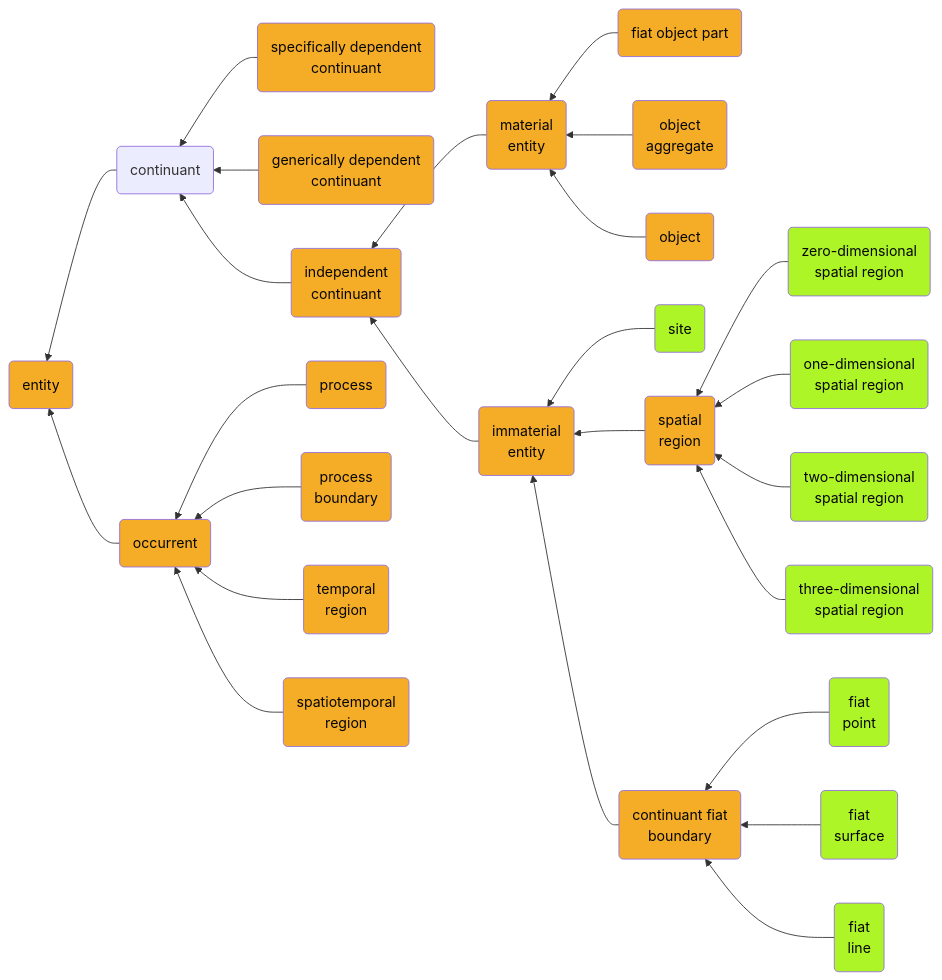
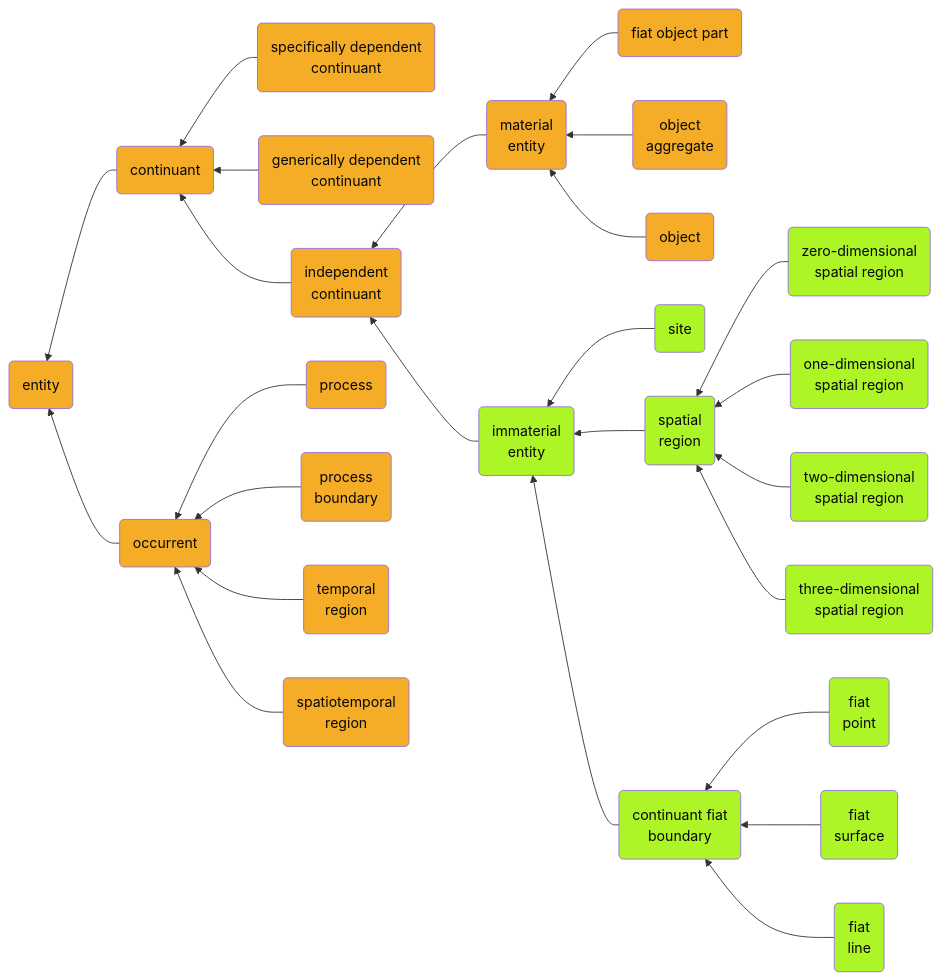
The second of 2 diagrams in README.md (dr-shorthair/BFO-2020), drawn with Mermaid before and after one commit.

Commit message:
Refactor mermaid graph for independent continuants
Class colours

````diff
--- a/README.md
+++ b/README.md
@@ -84,31 +84,31 @@
 ```mermaid
 graph RL
-	B(continuant)-->A(entity):::BFO
-	D(specifically dependent<br> continuant):::BFO-->B(continuant)
-	E(generically dependent<br> continuant):::BFO-->B(continuant)
-	F(independent<br> continuant):::BFO-->B(continuant)
+	B(continuant):::BFO-->A(entity):::BFO
+	D(specifically dependent<br> continuant):::BFO-->B(continuant):::BFO
+	E(generically dependent<br> continuant):::BFO-->B(continuant):::BFO
+	F(independent<br> continuant):::BFO-->B(continuant):::BFO
 	G(material entity):::IC-->F(independent<br> continuant):::BFO
-	H(immaterial<br> entity):::IC-->F(independent<br> continuant)
-	O(site):::IC-->H(immaterial<br> entity):::BFO
-	P(spatial<br> region):::IC-->H(immaterial<br> entity)
-	Q(continuant fiat<br> boundary):::IC-->H(immaterial<br> entity)
-	R(fiat<br> point):::IC-->Q(continuant fiat<br> boundary):::BFO
-	S(fiat<br> surface):::IC-->Q(continuant fiat<br> boundary)
-	T(fiat<br> line):::IC-->Q(continuant fiat<br> boundary)
-	VD(zero-dimensional<br> spatial region):::IC-->P(spatial<br> region):::BFO
-	U(one-dimensional<br> spatial region):::IC-->P(spatial<br> region):::BFO
-	V(two-dimensional<br> spatial region):::IC-->P(spatial<br> region):::BFO
-	W(three-dimensional<br> spatial region):::IC-->P(spatial<br> region):::BFO
+	H(immaterial<br> entity):::IC-->F(independent<br> continuant):::BFO
+	O(site):::IC-->H(immaterial<br> entity):::IC
+	P(spatial<br> region):::IC-->H(immaterial<br> entity):::IC
+	Q(continuant fiat<br> boundary):::IC-->H(immaterial<br> entity):::IC
+	R(fiat<br> point):::IC-->Q(continuant fiat<br> boundary):::IC
+	S(fiat<br> surface):::IC-->Q(continuant fiat<br> boundary):::IC
+	T(fiat<br> line):::IC-->Q(continuant fiat<br> boundary):::IC
+	VD(zero-dimensional<br> spatial region):::IC-->P(spatial<br> region):::IC
+	U(one-dimensional<br> spatial region):::IC-->P(spatial<br> region):::IC
+	V(two-dimensional<br> spatial region):::IC-->P(spatial<br> region):::IC
+	W(three-dimensional<br> spatial region):::IC-->P(spatial<br> region):::IC
 	X(fiat object part):::BFO-->G(material<br> entity):::BFO
 	Y(object<br> aggregate):::BFO-->G(material<br> entity):::BFO
 	Z(object):::BFO-->G(material<br> entity):::BFO
 	C(occurrent):::BFO-->A(entity):::BFO
 	AA(process):::BFO-->C(occurrent):::BFO
 	AB(process<br> boundary):::BFO-->C(occurrent)
 	AC(temporal<br> region):::BFO-->C(occurrent)
 	AD(spatiotemporal<br> region):::BFO-->C(occurrent)
 
     classDef BFO fill:#F5AD27,color:#060606
     classDef IC fill:#ADF527,color:#060606
 
   ```
````
